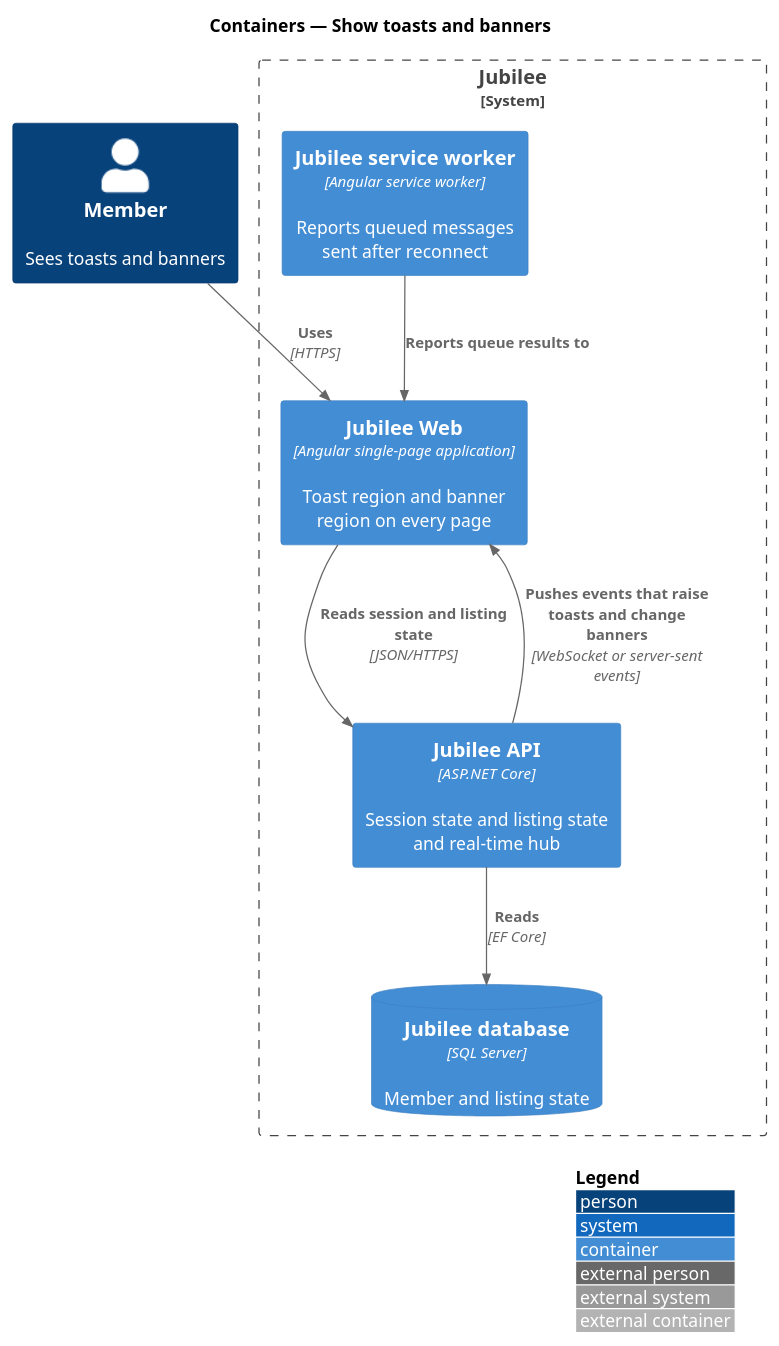
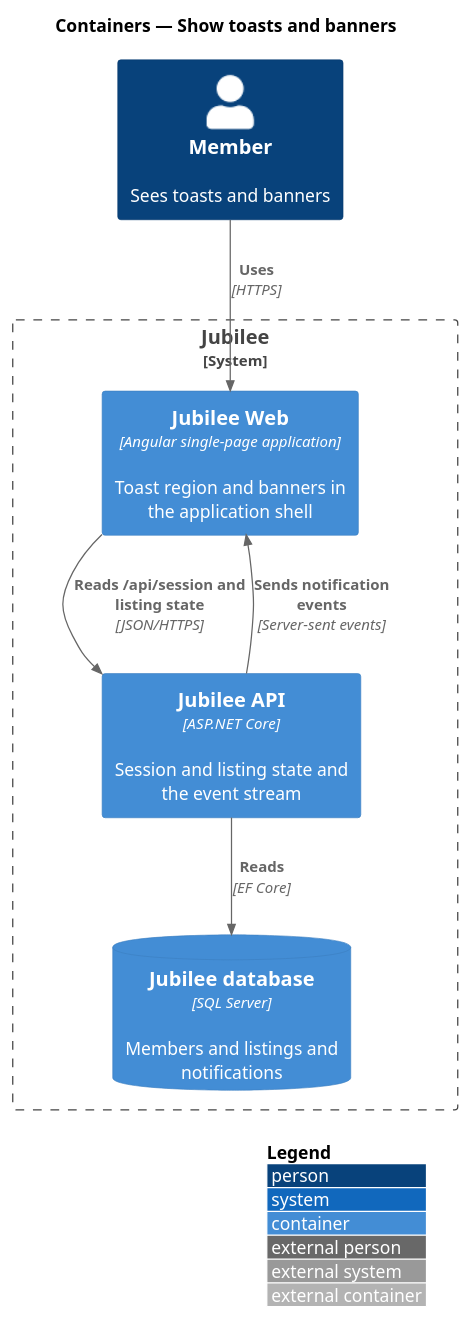
One commit to QuinntyneBrown/jubilee changed the diagram in docs/detailed-designs/notifications/show-toasts-and-banners/diagrams/c4-container.puml. Above: the diagram before and after it, drawn with PlantUML. The commit also changed 81 other files, not shown here.

```diff
--- a/docs/detailed-designs/notifications/show-toasts-and-banners/diagrams/c4-container.puml
+++ b/docs/detailed-designs/notifications/show-toasts-and-banners/diagrams/c4-container.puml
@@ -1,19 +1,17 @@
 @startuml
 !include <C4/C4_Container>
 LAYOUT_WITH_LEGEND()
 title Containers — Show toasts and banners
 
 Person(member, "Member", "Sees toasts and banners")
 System_Boundary(jubilee, "Jubilee") {
-  Container(web, "Jubilee Web", "Angular single-page application", "Toast region and banner region on every page")
-  Container(sw, "Jubilee service worker", "Angular service worker", "Reports queued messages sent after reconnect")
-  Container(api, "Jubilee API", "ASP.NET Core", "Session state and listing state and real-time hub")
-  ContainerDb(db, "Jubilee database", "SQL Server", "Member and listing state")
+  Container(web, "Jubilee Web", "Angular single-page application", "Toast region and banners in the application shell")
+  Container(api, "Jubilee API", "ASP.NET Core", "Session and listing state and the event stream")
+  ContainerDb(db, "Jubilee database", "SQL Server", "Members and listings and notifications")
 }
 
 Rel(member, web, "Uses", "HTTPS")
-Rel(web, api, "Reads session and listing state", "JSON/HTTPS")
-Rel(api, web, "Pushes events that raise toasts and change banners", "WebSocket or server-sent events")
-Rel(sw, web, "Reports queue results to")
+Rel(web, api, "Reads /api/session and listing state", "JSON/HTTPS")
+Rel(api, web, "Sends notification events", "Server-sent events")
 Rel(api, db, "Reads", "EF Core")
 @enduml
```
